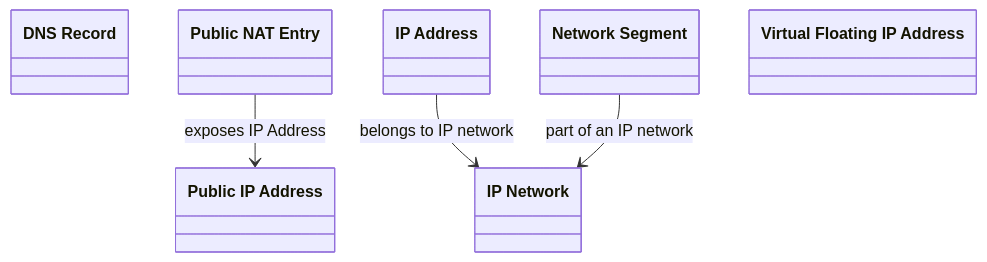
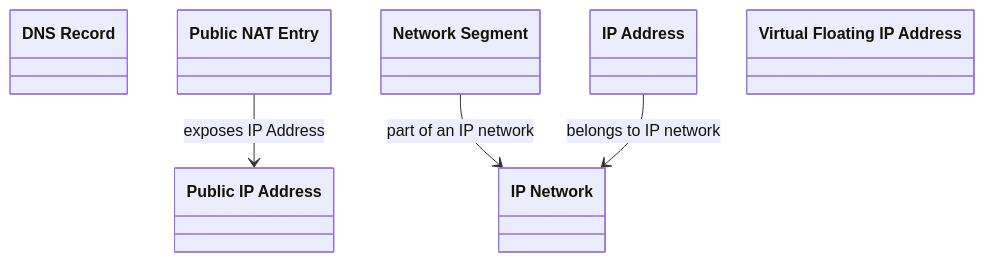
Before and after one commit to oeg-upm/Devos: the diagram in output/ieswc_leng/network.ttl-leng-7-0-hard.md, drawn with Mermaid. The commit also changed other lines of this file and 131 other files, not shown here.

````diff
--- a/output/ieswc_leng/network.ttl-leng-7-0-hard.md
+++ b/output/ieswc_leng/network.ttl-leng-7-0-hard.md
@@ -1,41 +1,41 @@
 ```mermaid
 	classDiagram
 
     
     class `DNS Record` {
     
     }
 
     class `Public IP Address` {
     
     }
 
     class `IP Network` {
     
     }
 
     class `Public NAT Entry` {
     
     }
 
     class `IP Address` {
     
     }
 
     class `Network Segment` {
     
     }
 
     class `Virtual Floating IP Address` {
     
     }
 
 
 
+`Network Segment`  --> `IP Network`   :part of an IP network  
+
 `IP Address`  --> `IP Network`   :belongs to IP network  
-
-`Network Segment`  --> `IP Network`   :part of an IP network  
 
 `Public NAT Entry`  --> `Public IP Address`   :exposes IP Address  
 
 ```
````
